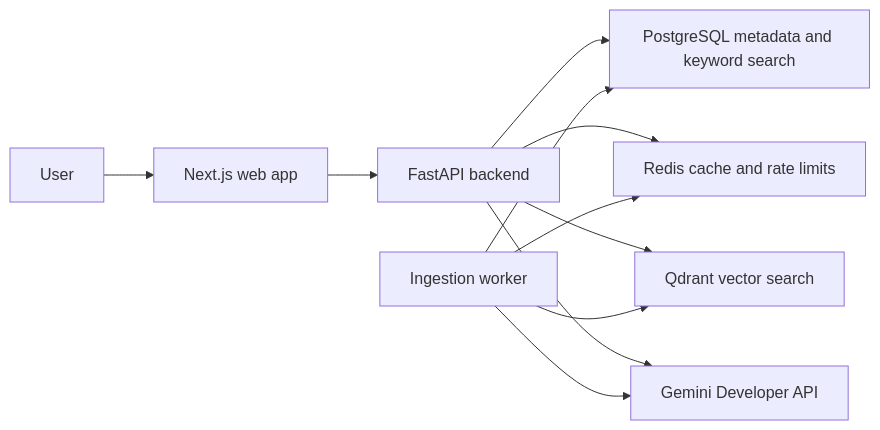
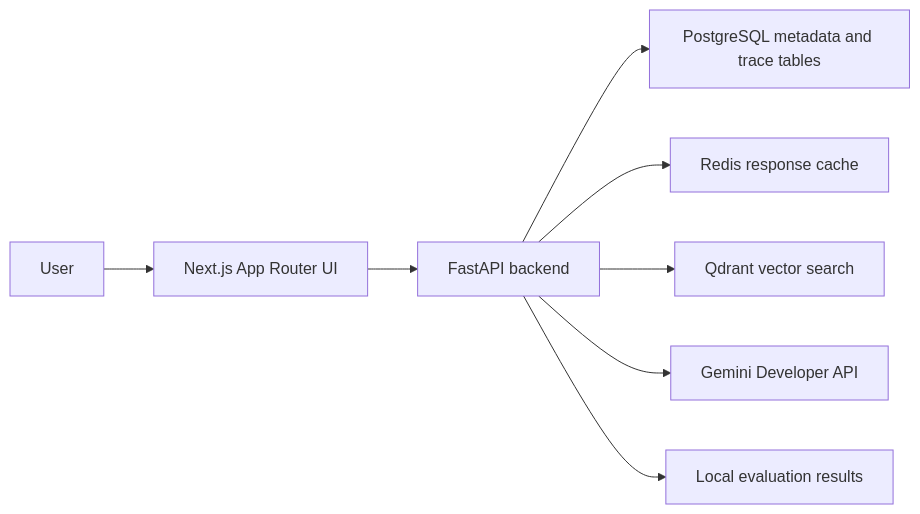
One commit to priyanshuchawda/proofpilot-ai changed the diagram in README.md. Above: the diagram before and after it, drawn with Mermaid. The commit also changed other lines of this file and 5 other files, not shown here.

````diff
--- a/README.md
+++ b/README.md
@@ -9,13 +9,10 @@
 ```mermaid
 flowchart LR
-  User["User"] --> Web["Next.js web app"]
+  User["User"] --> Web["Next.js App Router UI"]
   Web --> API["FastAPI backend"]
-  API --> Postgres["PostgreSQL metadata and keyword search"]
-  API --> Redis["Redis cache and rate limits"]
+  API --> Postgres["PostgreSQL metadata and trace tables"]
+  API --> Redis["Redis response cache"]
   API --> Qdrant["Qdrant vector search"]
   API --> Gemini["Gemini Developer API"]
-  Worker["Ingestion worker"] --> Postgres
-  Worker --> Redis
-  Worker --> Qdrant
-  Worker --> Gemini
+  API --> Evals["Local evaluation results"]
 ```
````
